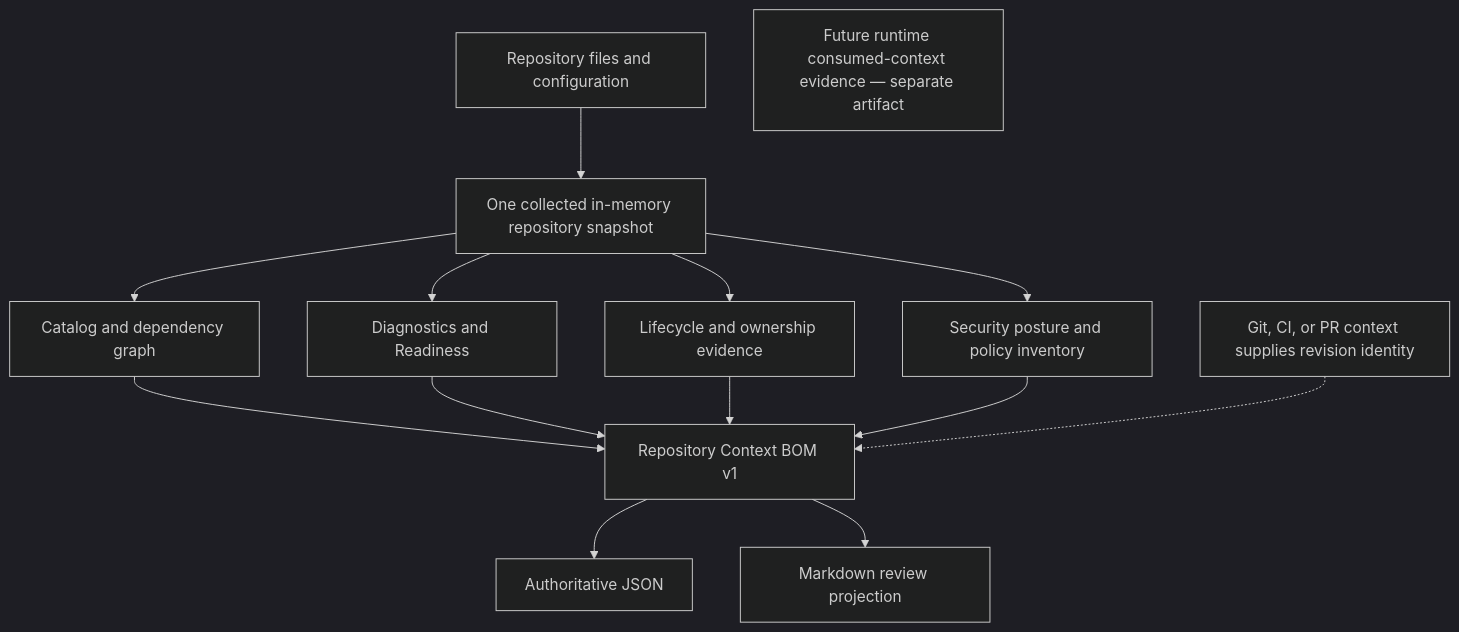
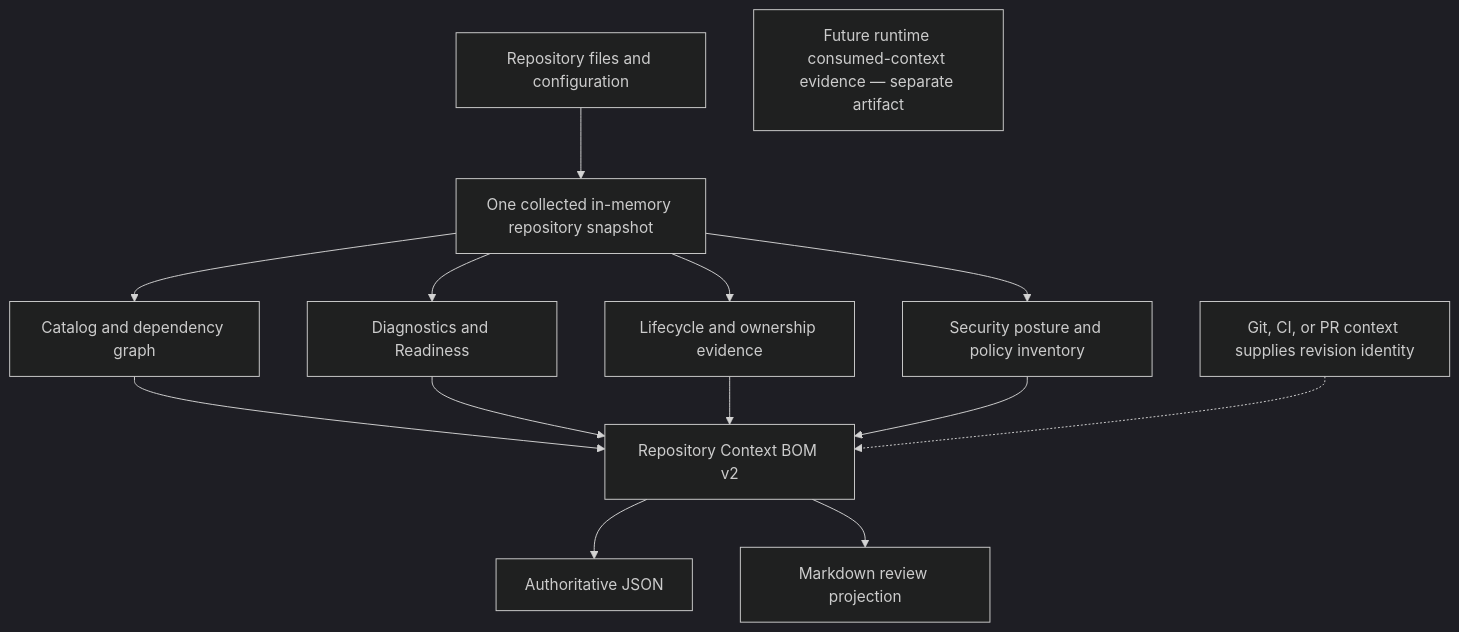
The diagram in docs/repository-context-bom.md (KazuCocoa/renma), drawn with Mermaid (dark theme) before and after one commit. The commit also changed other lines of this file and 99 other files, not shown here.

````diff
--- a/docs/repository-context-bom.md
+++ b/docs/repository-context-bom.md
@@ -7,26 +7,26 @@
 ```mermaid
 flowchart TD
   Sources["Repository files and configuration"]
   Snapshot["One collected in-memory repository snapshot"]
   Catalog["Catalog and dependency graph"]
   Diagnostics["Diagnostics and Readiness"]
   Governance["Lifecycle and ownership evidence"]
   Security["Security posture and policy inventory"]
-  Bom["Repository Context BOM v1"]
+  Bom["Repository Context BOM v2"]
   Json["Authoritative JSON"]
   Markdown["Markdown review projection"]
   Revision["Git, CI, or PR context supplies revision identity"]
   Runtime["Future runtime consumed-context evidence — separate artifact"]
   Sources --> Snapshot
   Snapshot --> Catalog
   Snapshot --> Diagnostics
   Snapshot --> Governance
   Snapshot --> Security
   Catalog --> Bom
   Diagnostics --> Bom
   Governance --> Bom
   Security --> Bom
   Bom --> Json
   Bom --> Markdown
   Revision -.-> Bom
 ```
````
